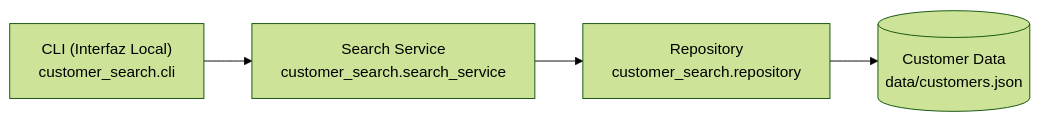
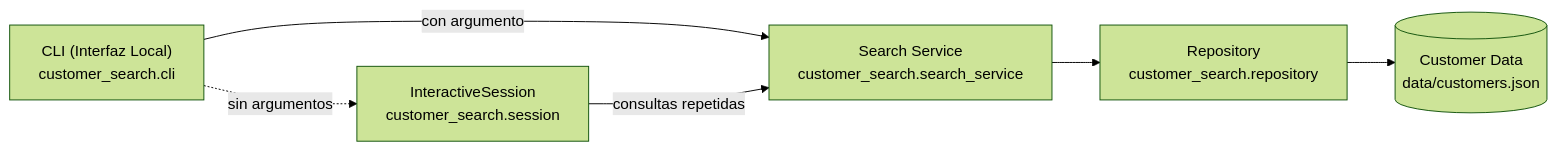
The diagram in README.md (JoseMurc/ada-05-spec-driven-feature), drawn with Mermaid (forest theme) before and after one commit. The commit also changed other lines of this file and 6 other files, not shown here.

First line of the commit message:
T-09: traceability and documentation update for interactive CLI

````diff
--- a/README.md
+++ b/README.md
@@ -11,6 +11,8 @@
 ```mermaid
 flowchart LR
-    A["CLI (Interfaz Local)<br/>customer_search.cli"] --> B["Search Service<br/>customer_search.search_service"]
+    A["CLI (Interfaz Local)<br/>customer_search.cli"] -->|con argumento| B["Search Service<br/>customer_search.search_service"]
+    A -. sin argumentos .-> S["InteractiveSession<br/>customer_search.session"]
+    S -->|consultas repetidas| B
     B --> C["Repository<br/>customer_search.repository"]
     C --> D[("Customer Data<br/>data/customers.json")]
 ```
````
